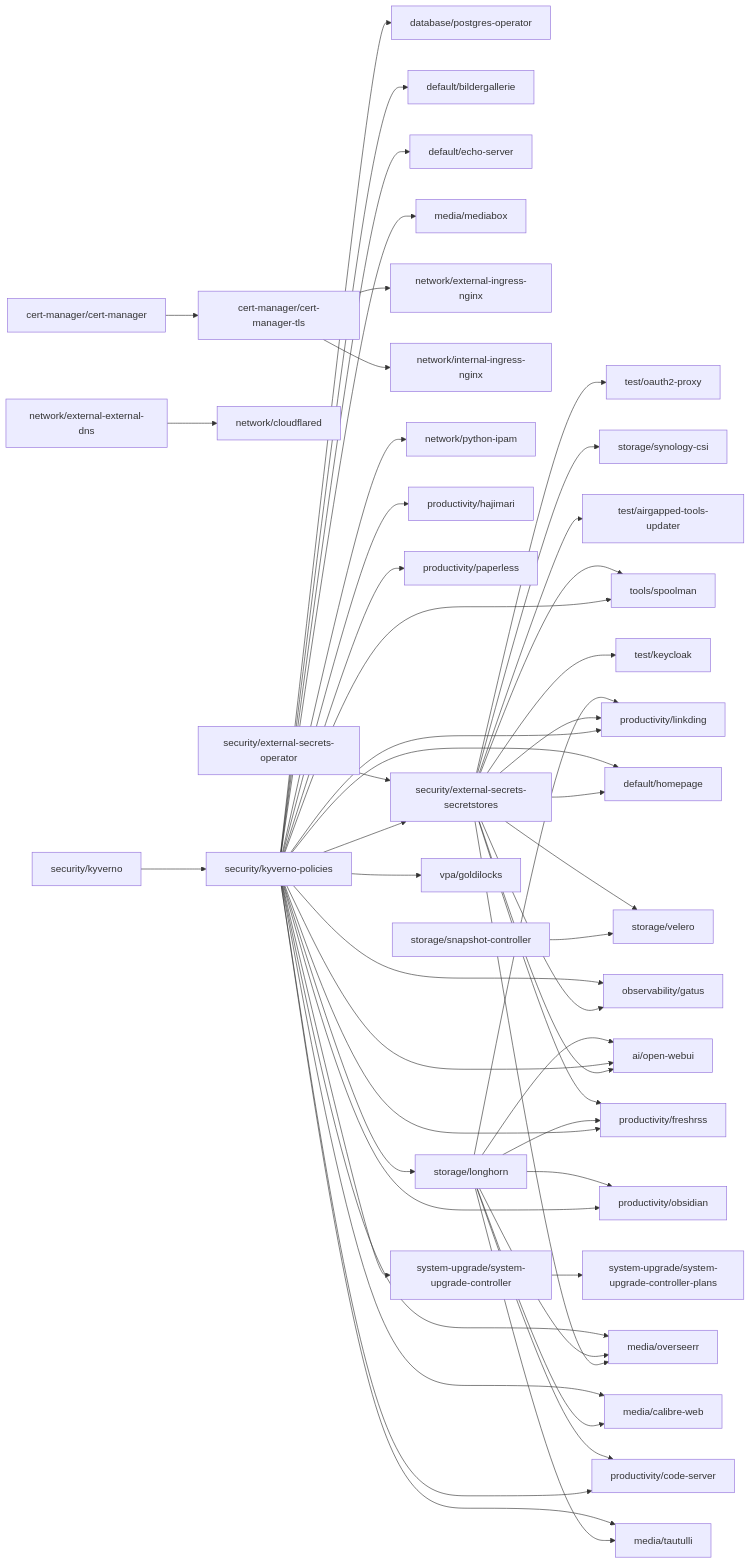
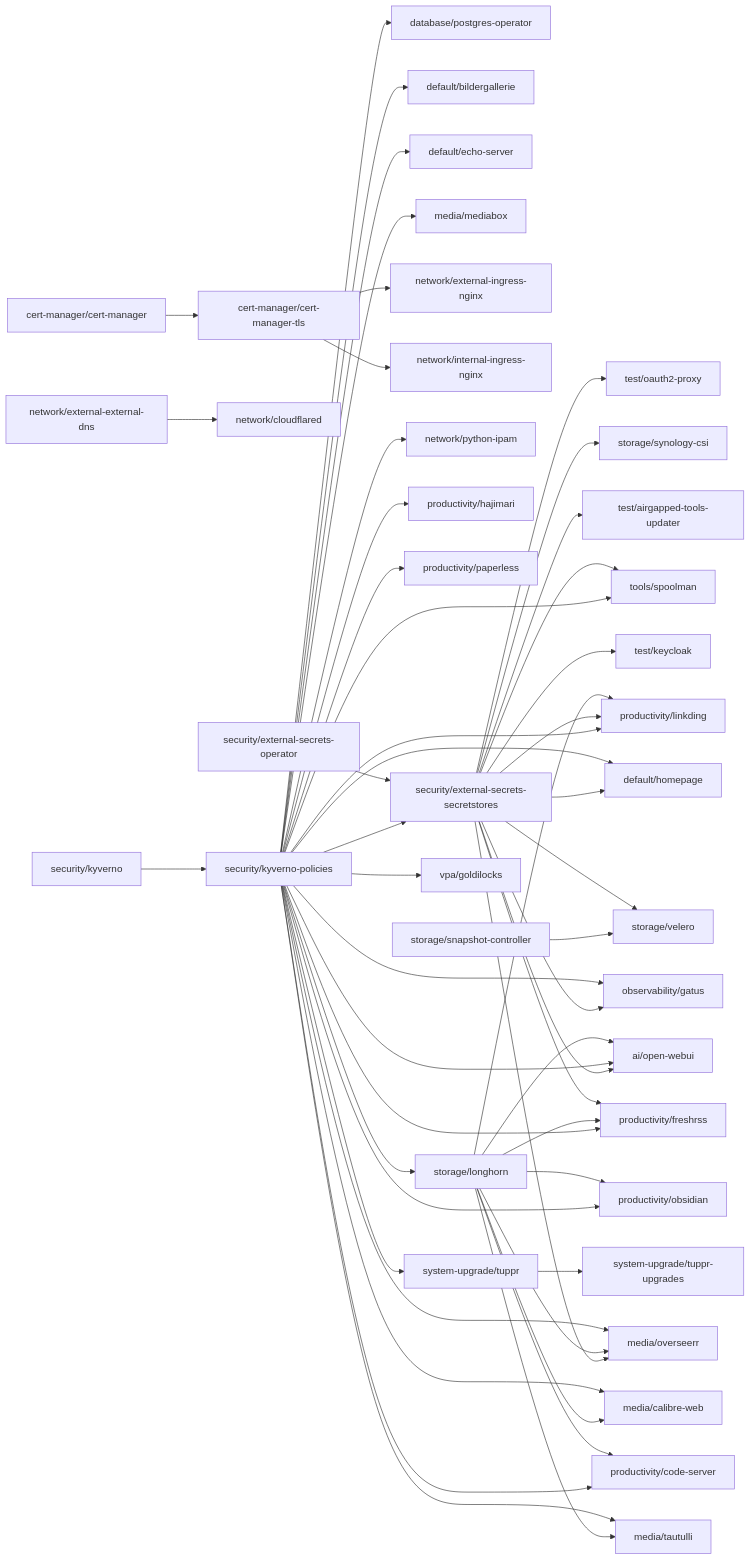
The diagram in docs/flux-dependency-graph.md (tuxpeople/k8s-homelab), drawn with Mermaid before and after one commit. The commit also changed other lines of this file and 19 other files, not shown here.

```diff
--- a/docs/flux-dependency-graph.md
+++ b/docs/flux-dependency-graph.md
@@ -41,8 +41,8 @@
     storage_snapshot_controller["storage/snapshot-controller"]
     storage_synology_csi["storage/synology-csi"]
     storage_velero["storage/velero"]
-    system_upgrade_system_upgrade_controller["system-upgrade/system-upgrade-controller"]
-    system_upgrade_system_upgrade_controller_plans["system-upgrade/system-upgrade-controller-plans"]
+    system_upgrade_tuppr["system-upgrade/tuppr"]
+    system_upgrade_tuppr_upgrades["system-upgrade/tuppr-upgrades"]
     test_airgapped_tools_updater["test/airgapped-tools-updater"]
     test_keycloak["test/keycloak"]
     test_oauth2_proxy["test/oauth2-proxy"]
@@ -50,7 +50,7 @@
     vpa_goldilocks["vpa/goldilocks"]
 
     %% Dependencies
-    system_upgrade_system_upgrade_controller --> system_upgrade_system_upgrade_controller_plans
+    system_upgrade_tuppr --> system_upgrade_tuppr_upgrades
     security_external_secrets_secretstores --> media_overseerr
     security_kyverno_policies --> network_python_ipam
     security_kyverno_policies --> productivity_paperless
@@ -84,7 +84,7 @@
     security_external_secrets_secretstores --> test_keycloak
     security_external_secrets_secretstores --> storage_velero
     security_kyverno_policies --> productivity_hajimari
-    security_kyverno_policies --> system_upgrade_system_upgrade_controller
+    security_kyverno_policies --> system_upgrade_tuppr
     storage_longhorn --> media_overseerr
     security_kyverno_policies --> media_calibre_web
     security_external_secrets_secretstores --> observability_gatus
```
